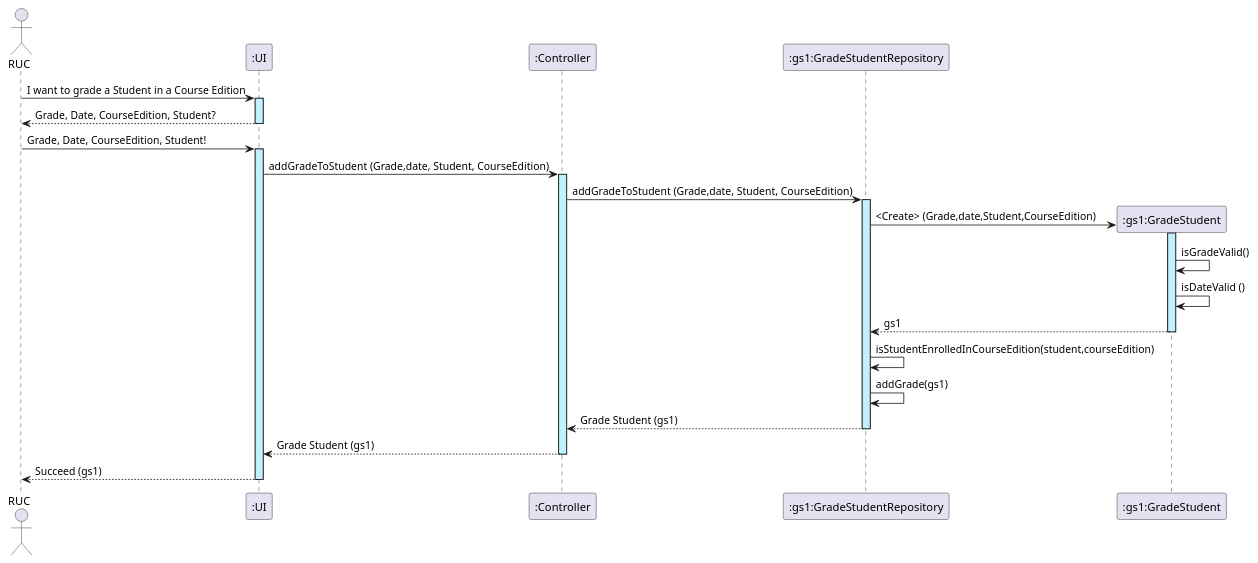
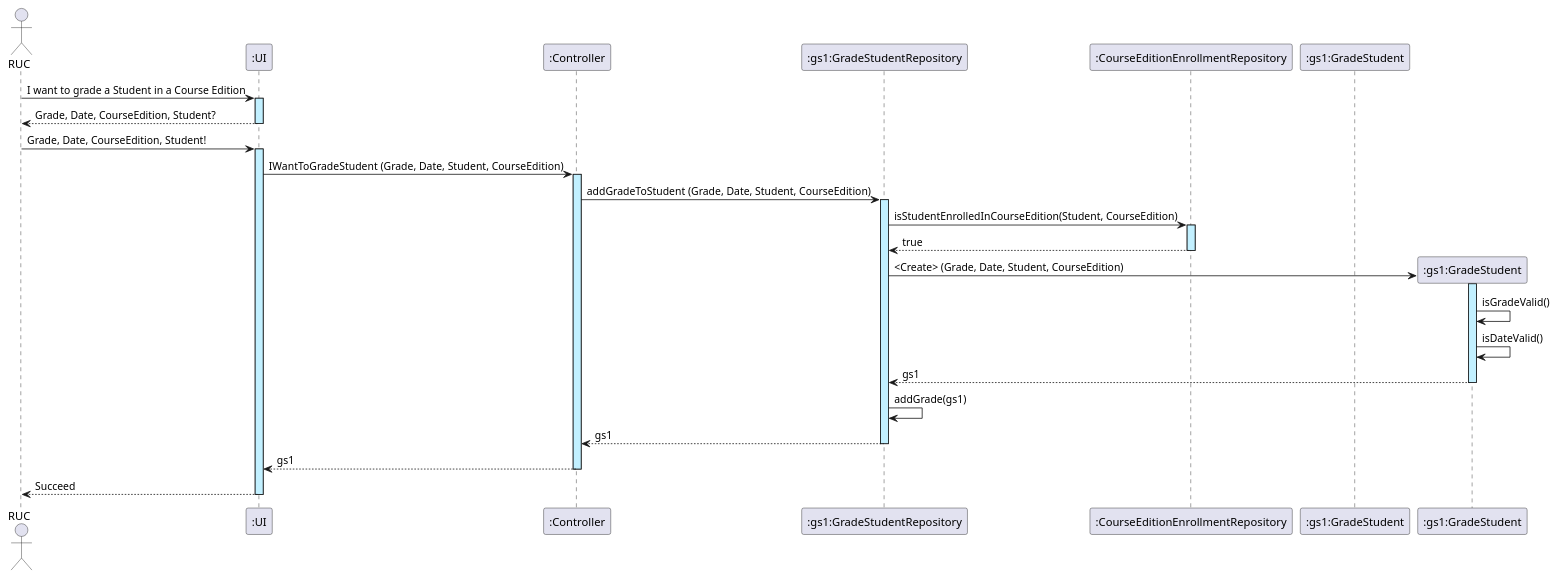
One commit to GasparISEP/DevOps-PAI changed the diagram in docs/sequenceDiagrams/US22/US22_GradeAStudentInACourseEdition.puml. Above: the diagram before and after it, drawn with PlantUML.

Commit message:
- Update Diagram Sequence of US22

```diff
--- a/docs/sequenceDiagrams/US22/US22_GradeAStudentInACourseEdition.puml
+++ b/docs/sequenceDiagrams/US22/US22_GradeAStudentInACourseEdition.puml
@@ -1,27 +1,32 @@
 @startuml
 actor RUC
 participant ":UI" as UI
 participant ":Controller" as ctr
 participant ":gs1:GradeStudentRepository" as GR
+participant ":CourseEditionEnrollmentRepository" as CEER
+participant ":gs1:GradeStudent" as GS
 
 RUC -> UI ++ #application: I want to grade a Student in a Course Edition
 UI --> RUC --: Grade, Date, CourseEdition, Student?
 RUC -> UI ++ #application: Grade, Date, CourseEdition, Student!
-UI -> ctr ++ #application : addGradeToStudent (Grade,date, Student, CourseEdition)
-ctr -> GR ++ #application : addGradeToStudent (Grade,date, Student, CourseEdition)
+UI -> ctr ++ #application : IWantToGradeStudent (Grade, Date, Student, CourseEdition)
+ctr -> GR ++ #application : addGradeToStudent (Grade, Date, Student, CourseEdition)
 
+' Verificação de inscrição no curso (assumindo que sempre retorna true)
+GR -> CEER ++ #application : isStudentEnrolledInCourseEdition(Student, CourseEdition)
+CEER --> GR -- : true
+
+' Criação da nota do estudante
 create ":gs1:GradeStudent" as gs
-GR -> gs ++ #application : <Create> (Grade,date,Student,CourseEdition)
+GR -> gs ++ #application : <Create> (Grade, Date, Student, CourseEdition)
 gs -> gs : isGradeValid()
-gs -> gs : isDateValid ()
+gs -> gs : isDateValid()
 gs --> GR -- : gs1
 
-GR -> GR : isStudentEnrolledInCourseEdition(student,courseEdition)
-
+' Adiciona a nota ao repositório
 GR -> GR : addGrade(gs1)
-
-GR --> ctr --: Grade Student (gs1)
-ctr --> UI --: Grade Student (gs1)
-UI --> RUC --: Succeed (gs1)
+GR --> ctr --: gs1
+ctr --> UI --: gs1
+UI --> RUC --: Succeed
 
 @enduml
```
